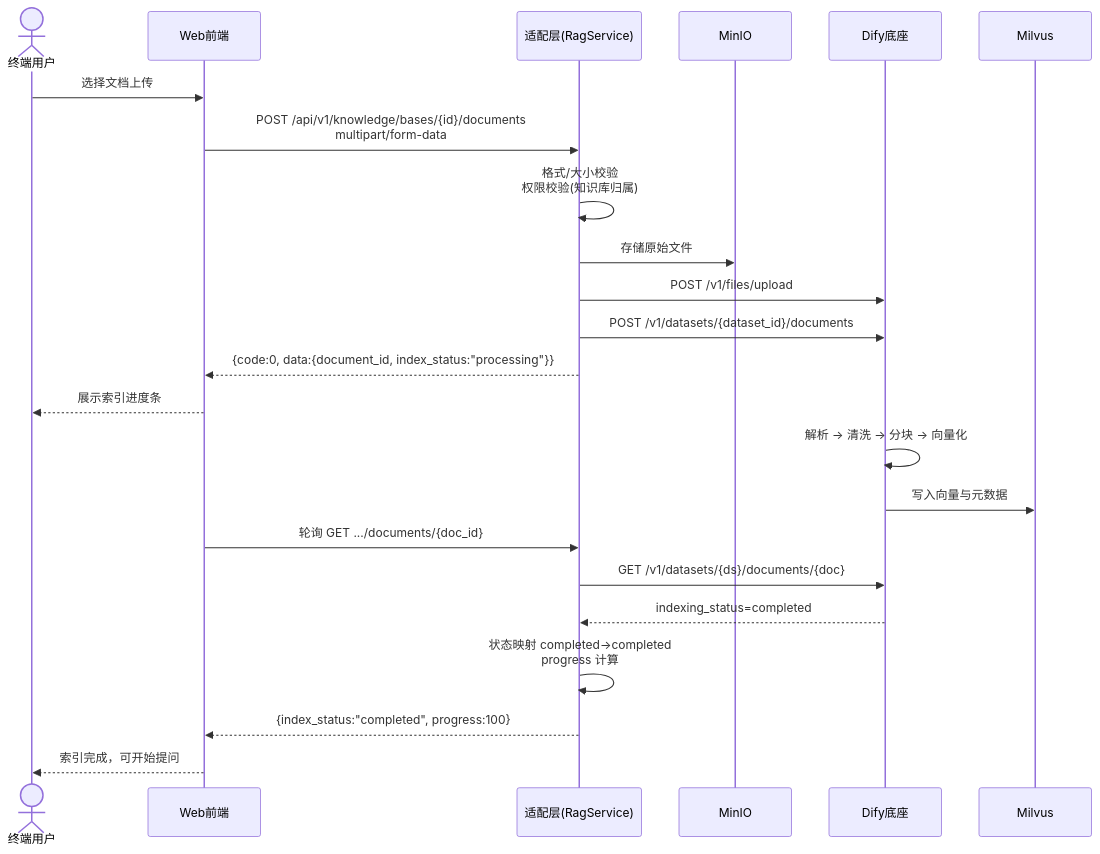
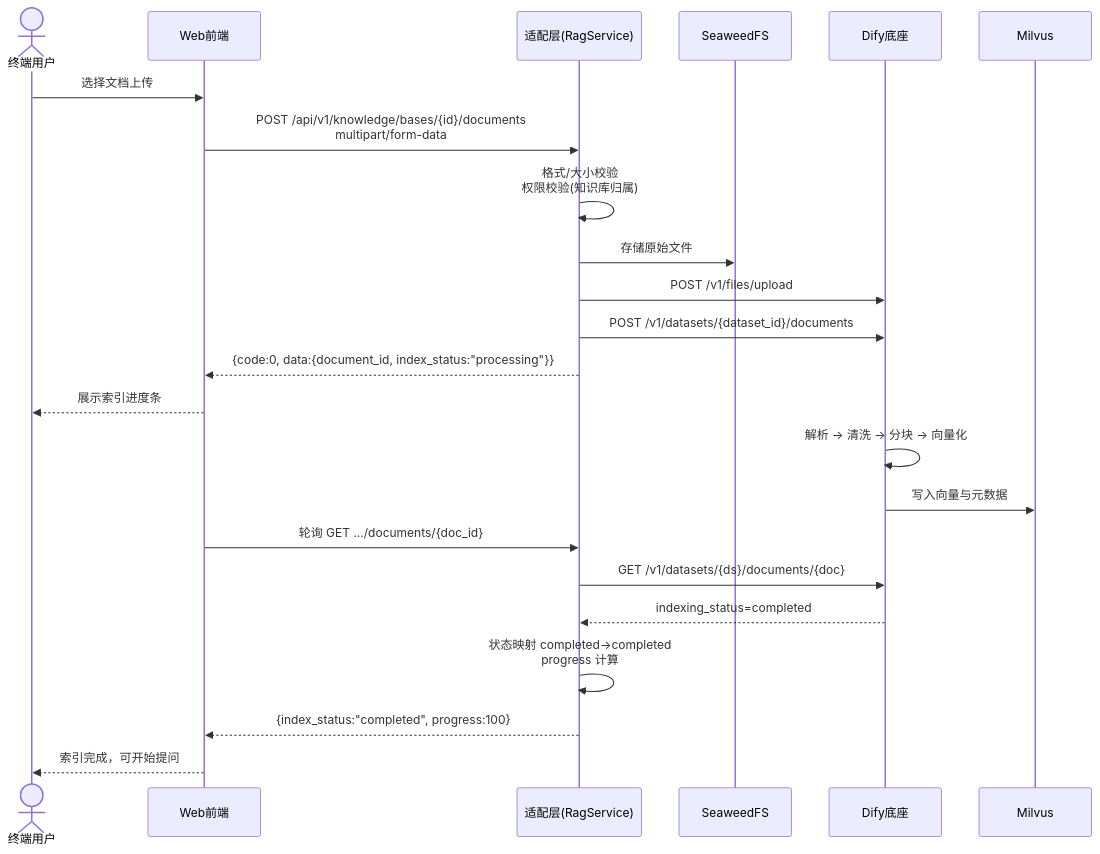
One commit to kHuner9712/MOY changed the fifth of 8 diagrams in docs/architecture-v1.0.md. Above: the diagram before and after it, drawn with Mermaid. The commit also changed other lines of this file and 3 other files, not shown here.

````diff
--- a/docs/architecture-v1.0.md
+++ b/docs/architecture-v1.0.md
@@ -1076,26 +1077,26 @@
 ```mermaid
 sequenceDiagram
     actor U as 终端用户
     participant W as Web前端
     participant A as 适配层(RagService)
-    participant S as MinIO
+    participant S as SeaweedFS
     participant D as Dify底座
     participant V as Milvus
 
     U->>W: 选择文档上传
     W->>A: POST /api/v1/knowledge/bases/{id}/documents<br/>multipart/form-data
     A->>A: 格式/大小校验<br/>权限校验(知识库归属)
     A->>S: 存储原始文件
     A->>D: POST /v1/files/upload
     A->>D: POST /v1/datasets/{dataset_id}/documents
     A-->>W: {code:0, data:{document_id, index_status:"processing"}}
     W-->>U: 展示索引进度条
     D->>D: 解析 → 清洗 → 分块 → 向量化
     D->>V: 写入向量与元数据
     W->>A: 轮询 GET .../documents/{doc_id}
     A->>D: GET /v1/datasets/{ds}/documents/{doc}
     D-->>A: indexing_status=completed
     A->>A: 状态映射 completed→completed<br/>progress 计算
     A-->>W: {index_status:"completed", progress:100}
     W-->>U: 索引完成，可开始提问
 ```
````
